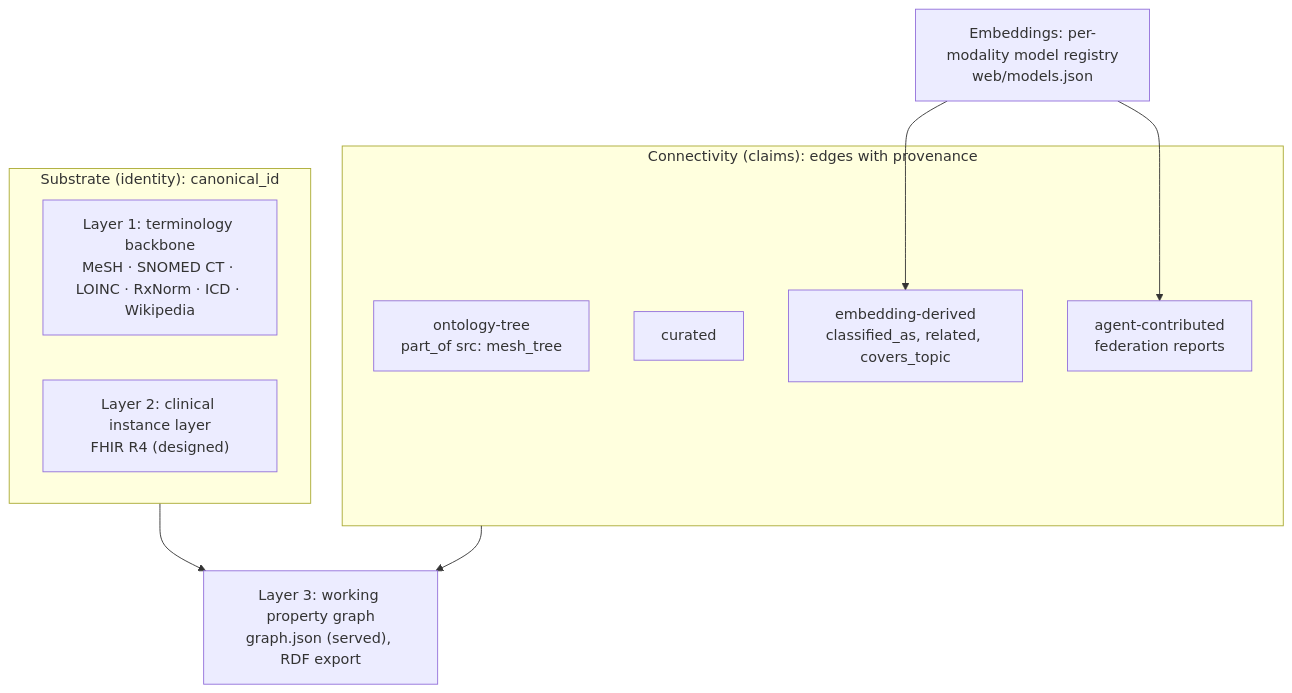
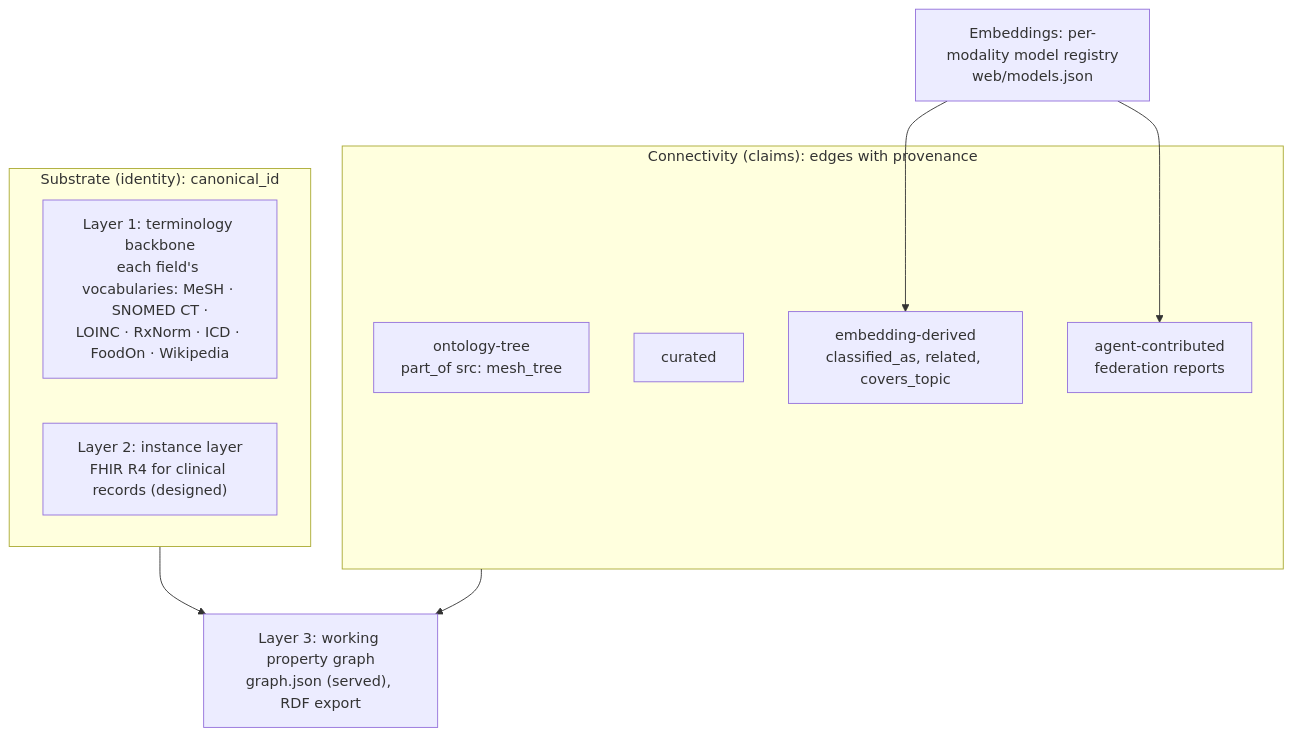
One commit to ThePanAtlas/docs changed the first of 2 diagrams in docs/concepts/layers.md. Above: the diagram before and after it, drawn with Mermaid. The commit also changed other lines of this file and 21 other files, not shown here.

````diff
--- a/docs/concepts/layers.md
+++ b/docs/concepts/layers.md
@@ -25,19 +25,19 @@
 ```mermaid
 flowchart TB
     subgraph SUB["Substrate (identity): canonical_id"]
-      T["Layer 1: terminology backbone<br/>MeSH · SNOMED CT · LOINC · RxNorm · ICD · Wikipedia"]
-      I["Layer 2: clinical instance layer<br/>FHIR R4 (designed)"]
+      T["Layer 1: terminology backbone<br/>each field's vocabularies: MeSH · SNOMED CT ·<br/>LOINC · RxNorm · ICD · FoodOn · Wikipedia"]
+      I["Layer 2: instance layer<br/>FHIR R4 for clinical records (designed)"]
     end
     subgraph CON["Connectivity (claims): edges with provenance"]
       OT["ontology-tree<br/>part_of src: mesh_tree"]
       CU["curated"]
       ED["embedding-derived<br/>classified_as, related, covers_topic"]
       AG["agent-contributed<br/>federation reports"]
     end
     EMB["Embeddings: per-modality model registry<br/>web/models.json"]
     W["Layer 3: working property graph<br/>graph.json (served), RDF export"]
     EMB --> ED
     EMB --> AG
     SUB --> W
     CON --> W
 ```
````
